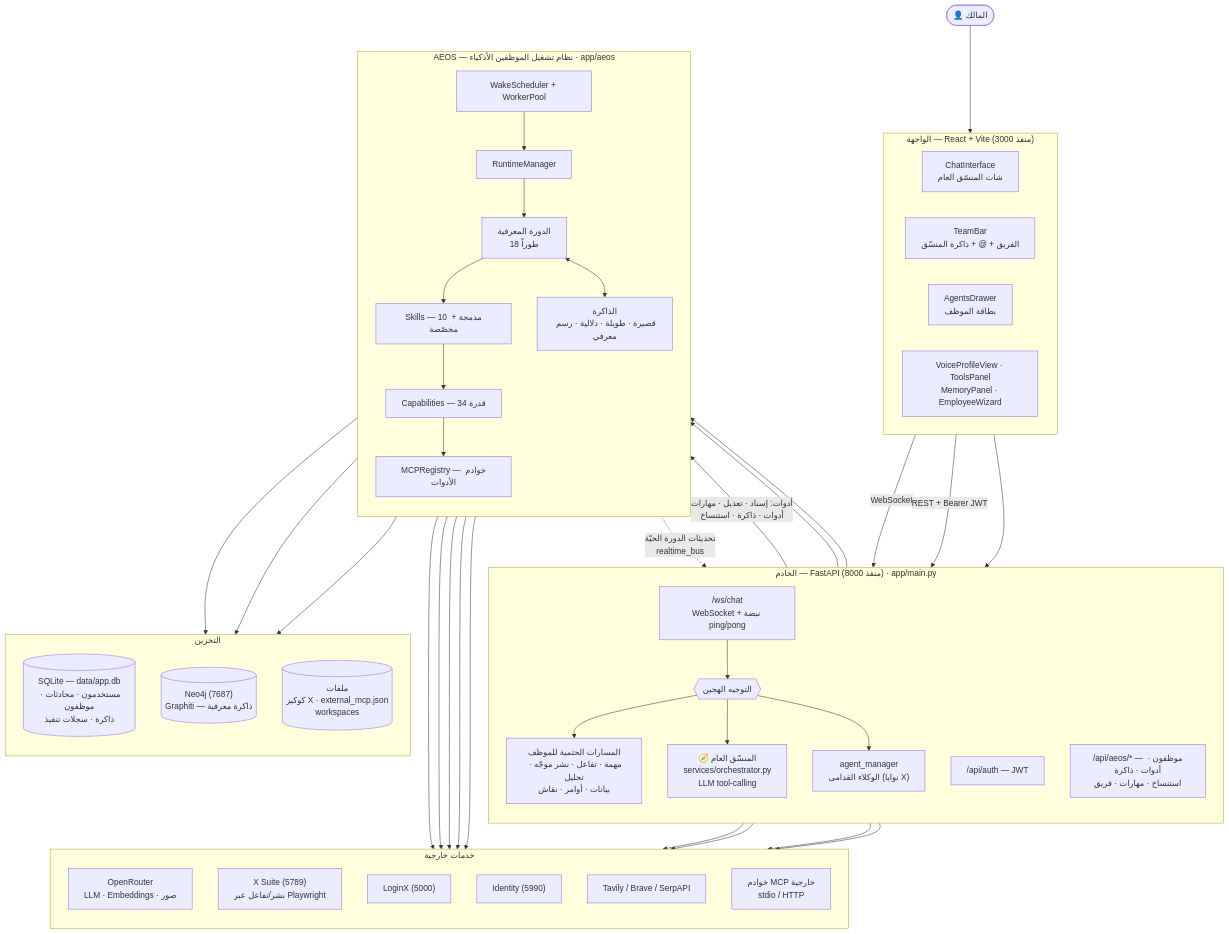
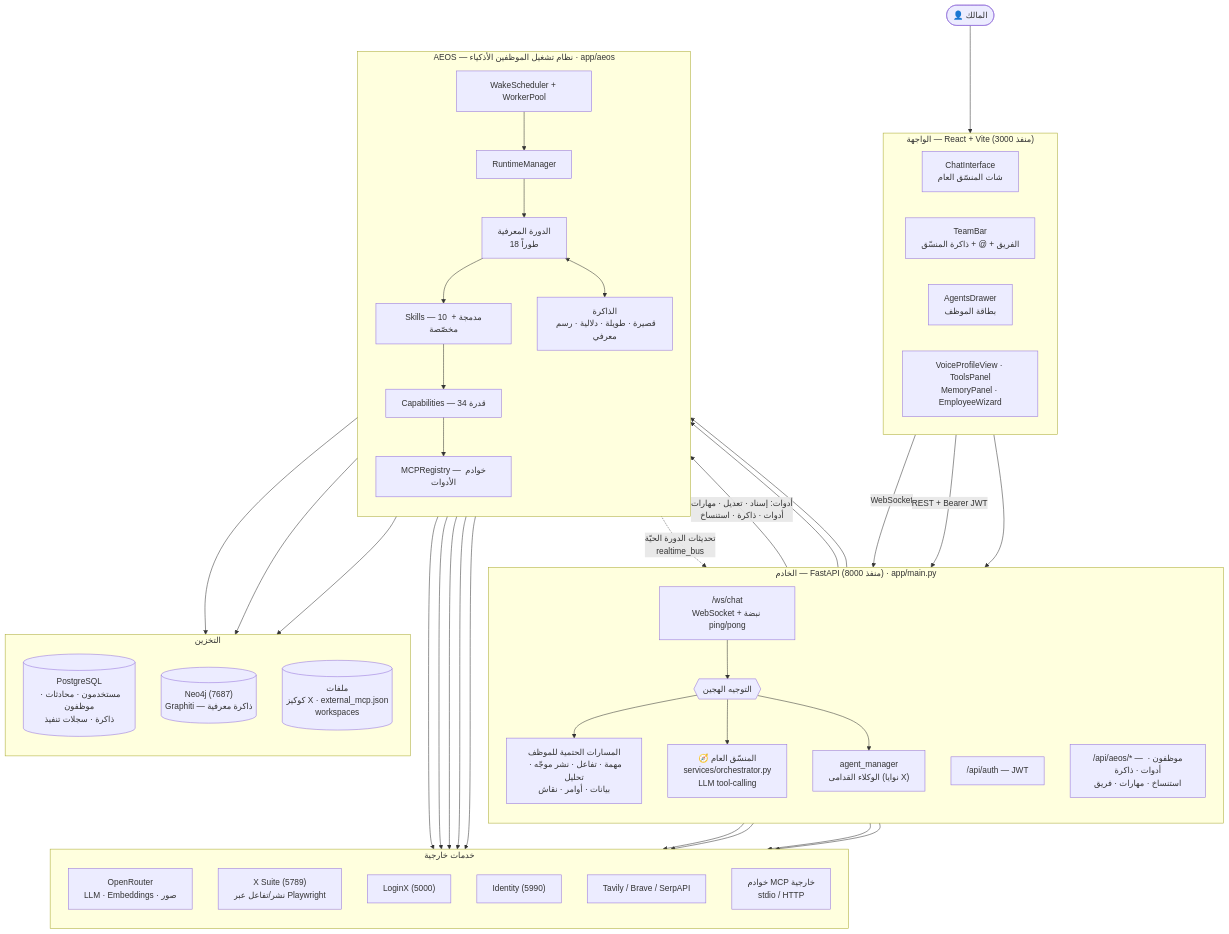
One commit to Mrsos07/Moj-Agentic-AI changed the first of 10 diagrams in docs/ARCHITECTURE.md. Above: the diagram before and after it, drawn with Mermaid. The commit also changed other lines of this file and 27 other files, not shown here.

First line of the commit message:
نقل مخازن X والخط الزمني وسجل الأمن إلى PostgreSQL (مخططات مخصصة عبر 0006)

````diff
--- a/docs/ARCHITECTURE.md
+++ b/docs/ARCHITECTURE.md
@@ -10,79 +10,79 @@
 ```mermaid
 flowchart TB
     U(["👤 المالك"])
 
     subgraph FE["الواجهة — React + Vite (منفذ 3000)"]
         direction LR
         CHAT["ChatInterface<br/>شات المنسّق العام"]
         TEAM["TeamBar<br/>الفريق + @ + ذاكرة المنسّق"]
         DRAWER["AgentsDrawer<br/>بطاقة الموظف"]
         PANELS["VoiceProfileView · ToolsPanel<br/>MemoryPanel · EmployeeWizard"]
     end
 
     subgraph BE["الخادم — FastAPI (منفذ 8000) · app/main.py"]
         direction TB
         WS["/ws/chat<br/>WebSocket + نبضة ping/pong"]
         AUTH["/api/auth — JWT"]
         API["/api/aeos/* — موظفون · أدوات · ذاكرة<br/>استنساخ · مهارات · فريق"]
         ROUTER{{"التوجيه الهجين"}}
         COORD["🧭 المنسّق العام<br/>services/orchestrator.py<br/>LLM tool-calling"]
         PATHS["المسارات الحتمية للموظف<br/>مهمة · تفاعل · نشر موجّه · تحليل<br/>بيانات · أوامر · نقاش"]
         LEGACY["agent_manager<br/>الوكلاء القدامى (نوايا X)"]
     end
 
     subgraph AEOS["AEOS — نظام تشغيل الموظفين الأذكياء · app/aeos"]
         direction TB
         SCHED["WakeScheduler + WorkerPool"]
         RT["RuntimeManager"]
         CYCLE["الدورة المعرفية<br/>18 طوراً"]
         SKILLS["Skills — 10 مدمجة + مخصّصة"]
         CAPS["Capabilities — 34 قدرة"]
         MCP["MCPRegistry — خوادم الأدوات"]
         MEM["الذاكرة<br/>قصيرة · طويلة · دلالية · رسم معرفي"]
     end
 
     subgraph EXT["خدمات خارجية"]
         direction TB
         OR["OpenRouter<br/>LLM · Embeddings · صور"]
         XS["X Suite (5789)<br/>نشر/تفاعل عبر Playwright"]
         LX["LoginX (5000)"]
         ID["Identity (5990)"]
         SEARCH["Tavily / Brave / SerpAPI"]
         EXTMCP["خوادم MCP خارجية<br/>stdio / HTTP"]
     end
 
     subgraph DATA["التخزين"]
         direction TB
-        SQL[("SQLite — data/app.db<br/>مستخدمون · محادثات · موظفون<br/>ذاكرة · سجلات تنفيذ")]
+        SQL[("PostgreSQL<br/>مستخدمون · محادثات · موظفون<br/>ذاكرة · سجلات تنفيذ")]
         NEO[("Neo4j (7687)<br/>Graphiti — ذاكرة معرفية")]
         FILES[("ملفات<br/>كوكيز X · external_mcp.json<br/>workspaces")]
     end
 
     U --> FE
     FE -- "WebSocket" --> WS
     FE -- "REST + Bearer JWT" --> API
     FE --> AUTH
     WS --> ROUTER
     ROUTER --> PATHS
     ROUTER --> COORD
     ROUTER --> LEGACY
     COORD -- "أدوات: إسناد · تعديل · مهارات<br/>أدوات · ذاكرة · استنساخ" --> AEOS
     PATHS --> AEOS
     API --> AEOS
     SCHED --> RT --> CYCLE
     CYCLE --> SKILLS --> CAPS --> MCP
     CYCLE <--> MEM
     MCP --> XS
     MCP --> OR
     MCP --> SEARCH
     MCP --> EXTMCP
     COORD --> OR
     CYCLE --> OR
     MEM --> SQL
     MEM --> NEO
     MCP --> FILES
     AEOS -. "تحديثات الدورة الحيّة<br/>realtime_bus" .-> WS
     LEGACY --> XS
     API --> LX
     API --> ID
 ```
````
